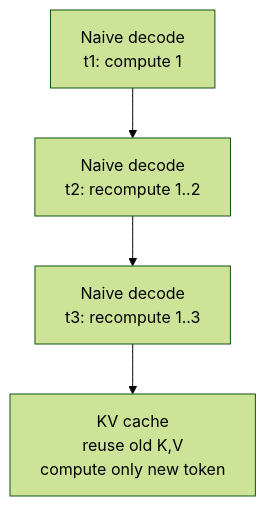
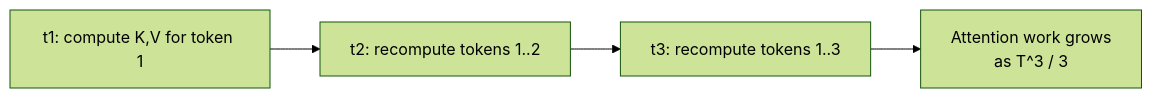
One commit to danilop/micro-gpt-and-beyond changed the diagram in walk-the-code/diagrams/kv_naive.mmd. Above: the diagram before and after it, drawn with Mermaid (forest theme). The commit also changed 80 other files, not shown here.

```diff
--- a/walk-the-code/diagrams/kv_naive.mmd
+++ b/walk-the-code/diagrams/kv_naive.mmd
@@ -1,6 +1,4 @@
-graph TD
-    n_step1[Naive decode<br/>t1: compute 1]
-    n_step2[Naive decode<br/>t2: recompute 1..2]
-    n_stepT[Naive decode<br/>t3: recompute 1..3]
-    cached[KV cache<br/>reuse old K,V<br/>compute only new token]
-    n_step1 --> n_step2 --> n_stepT --> cached
+graph LR
+    n_step1["t1: compute K,V for token 1"] --> n_step2["t2: recompute tokens 1..2"]
+    n_step2 --> n_stepT["t3: recompute tokens 1..3"]
+    n_stepT --> total["Attention work grows<br/>as T^3 / 3"]
```
